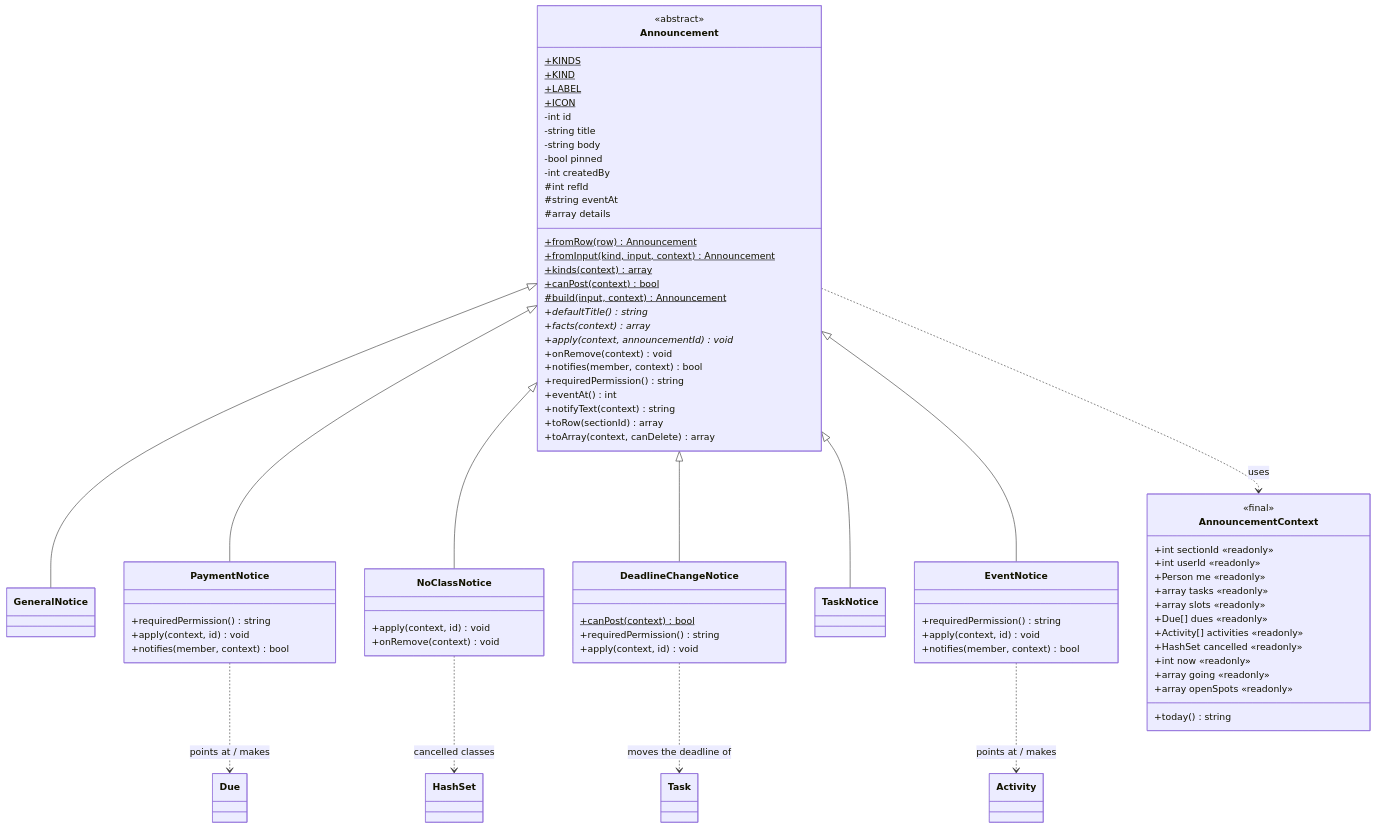
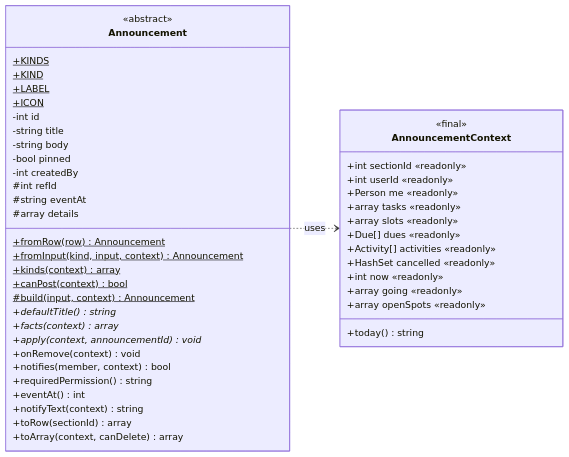
One commit to rcldvmnl/AcadSync changed diagram 18 of 25 in docs/CLASS_DIAGRAM.md. Above: the diagram before and after it, drawn with Mermaid. The commit also changed other lines of this file and 2 other files, not shown here.

Commit message:
class diagram

````diff
--- a/docs/CLASS_DIAGRAM.md
+++ b/docs/CLASS_DIAGRAM.md
@@ -470,81 +726,50 @@
 ```mermaid
 classDiagram
-    direction TB
+    direction LR
     class Announcement {
         <<abstract>>
         +KINDS$
         +KIND$
         +LABEL$
         +ICON$
         -int id
         -string title
         -string body
         -bool pinned
         -int createdBy
         #int refId
         #string eventAt
         #array details
         +fromRow(row)$ Announcement
         +fromInput(kind, input, context)$ Announcement
         +kinds(context)$ array
         +canPost(context)$ bool
         #build(input, context)$ Announcement
         +defaultTitle()* string
         +facts(context)* array
         +apply(context, announcementId)* void
         +onRemove(context) void
         +notifies(member, context) bool
         +requiredPermission() string
         +eventAt() int
         +notifyText(context) string
         +toRow(sectionId) array
         +toArray(context, canDelete) array
     }
-    class GeneralNotice
-    class PaymentNotice {
-        +requiredPermission() string
-        +apply(context, id) void
-        +notifies(member, context) bool
-    }
-    class NoClassNotice {
-        +apply(context, id) void
-        +onRemove(context) void
-    }
-    class DeadlineChangeNotice {
-        +canPost(context)$ bool
-        +requiredPermission() string
-        +apply(context, id) void
-    }
-    class TaskNotice
-    class EventNotice {
-        +requiredPermission() string
-        +apply(context, id) void
-        +notifies(member, context) bool
-    }
     class AnnouncementContext {
         <<final>>
         +int sectionId «readonly»
         +int userId «readonly»
         +Person me «readonly»
         +array tasks «readonly»
         +array slots «readonly»
         +Due[] dues «readonly»
         +Activity[] activities «readonly»
         +HashSet cancelled «readonly»
         +int now «readonly»
         +array going «readonly»
         +array openSpots «readonly»
         +today() string
     }
-    Announcement <|-- GeneralNotice
-    Announcement <|-- PaymentNotice
-    Announcement <|-- NoClassNotice
-    Announcement <|-- DeadlineChangeNotice
-    Announcement <|-- TaskNotice
-    Announcement <|-- EventNotice
     Announcement ..> AnnouncementContext : uses
-    PaymentNotice ..> Due : points at / makes
-    EventNotice ..> Activity : points at / makes
-    DeadlineChangeNotice ..> Task : moves the deadline of
-    NoClassNotice ..> HashSet : cancelled classes
 ```
````
